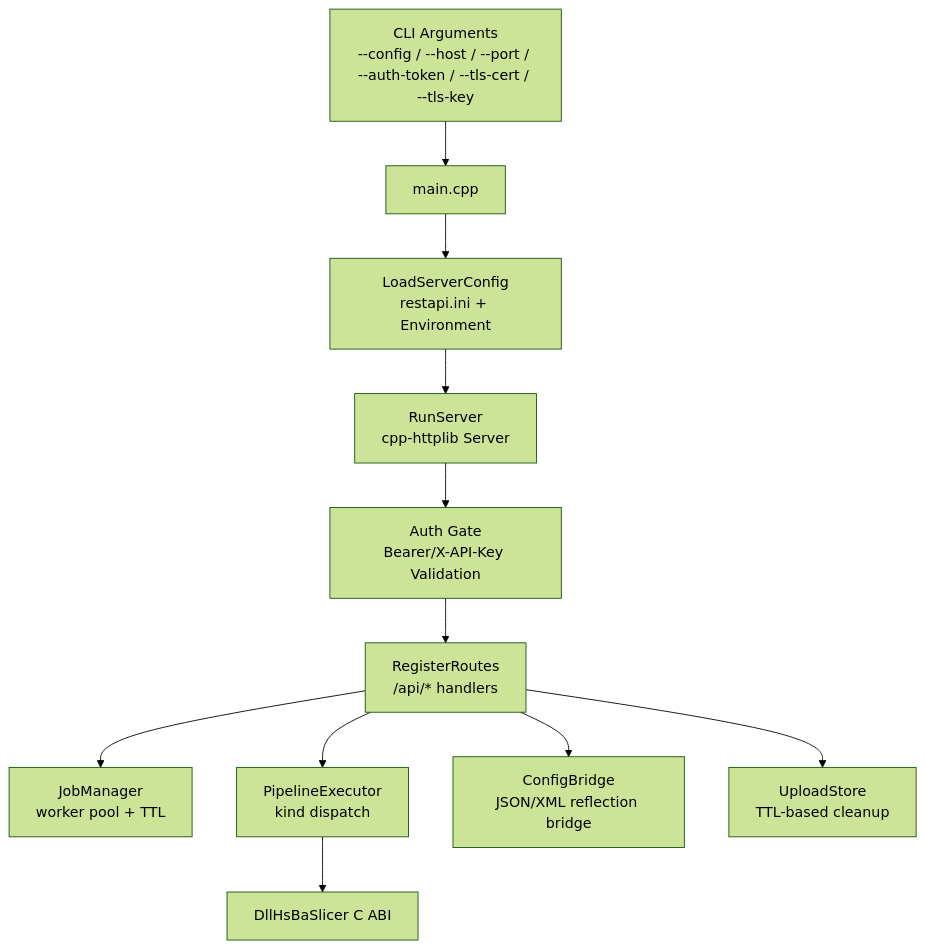
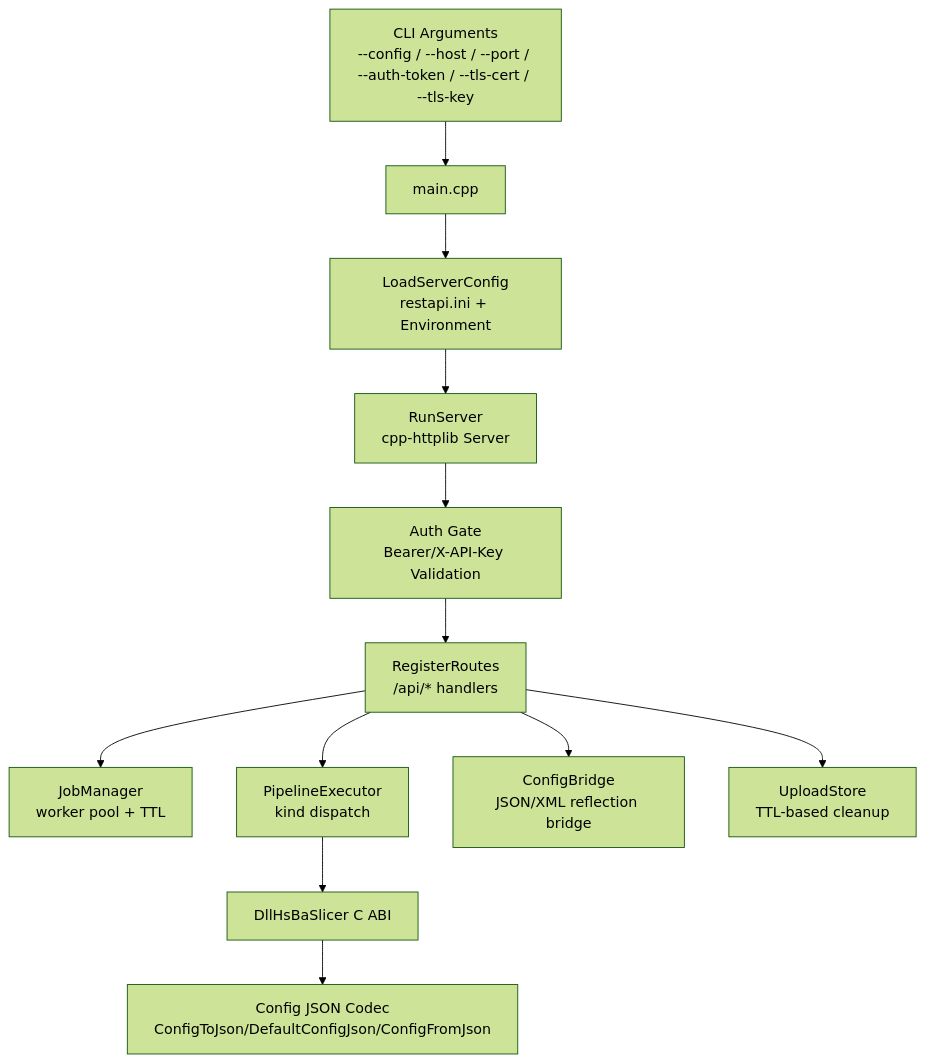
The first of 10 diagrams in .qoder/repowiki/en/content/Core Modules/REST API Server.md (hsmbanlance/HsBaSlicer), drawn with Mermaid (forest theme) before and after one commit. The commit also changed other lines of this file and 172 other files, not shown here.

````diff
--- a/.qoder/repowiki/en/content/Core Modules/REST API Server.md
+++ b/.qoder/repowiki/en/content/Core Modules/REST API Server.md
@@ -71,13 +78,14 @@
 ```mermaid
 graph TB
 CLI["CLI Arguments<br/>--config / --host / --port / --auth-token / --tls-cert / --tls-key"] --> Main["main.cpp"]
 Main --> Config["LoadServerConfig<br/>restapi.ini + Environment"]
 Config --> Server["RunServer<br/>cpp-httplib Server"]
 Server --> AuthGate["Auth Gate<br/>Bearer/X-API-Key Validation"]
 AuthGate --> Routes["RegisterRoutes<br/>/api/* handlers"]
 Routes --> JobMgr["JobManager<br/>worker pool + TTL"]
 Routes --> Exec["PipelineExecutor<br/>kind dispatch"]
 Exec --> Dll["DllHsBaSlicer C ABI"]
 Routes --> Bridge["ConfigBridge<br/>JSON/XML reflection bridge"]
 Routes --> UploadStore["UploadStore<br/>TTL-based cleanup"]
+Dll --> JsonCodec["Config JSON Codec<br/>ConfigToJson/DefaultConfigJson/ConfigFromJson"]
 ```
````
